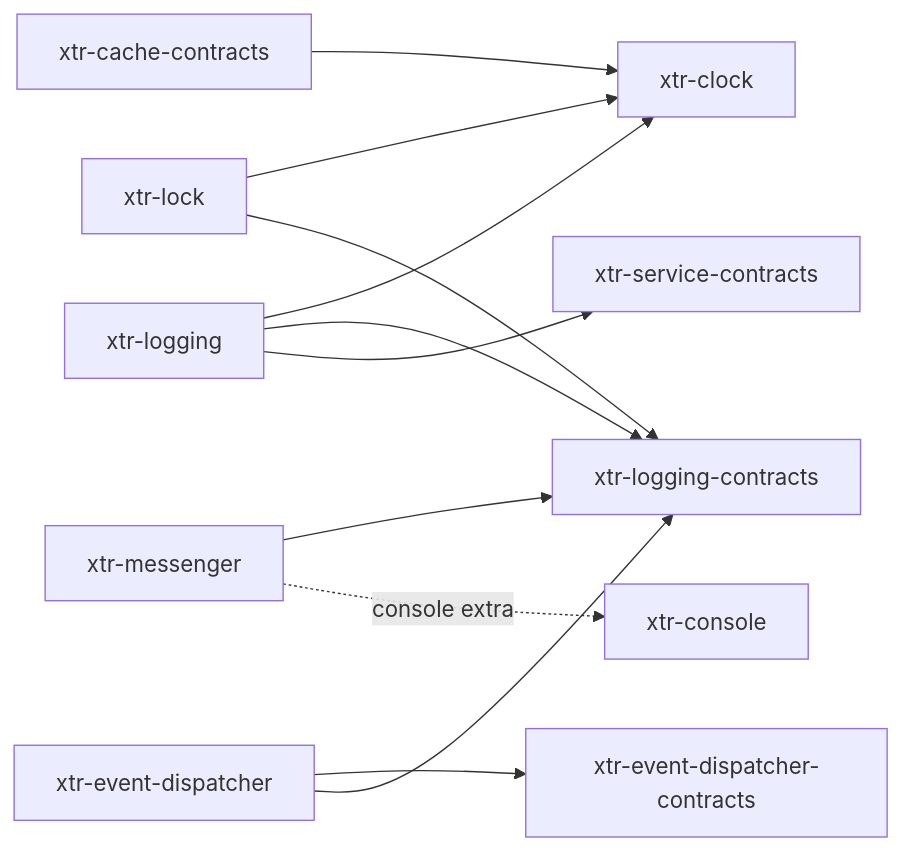
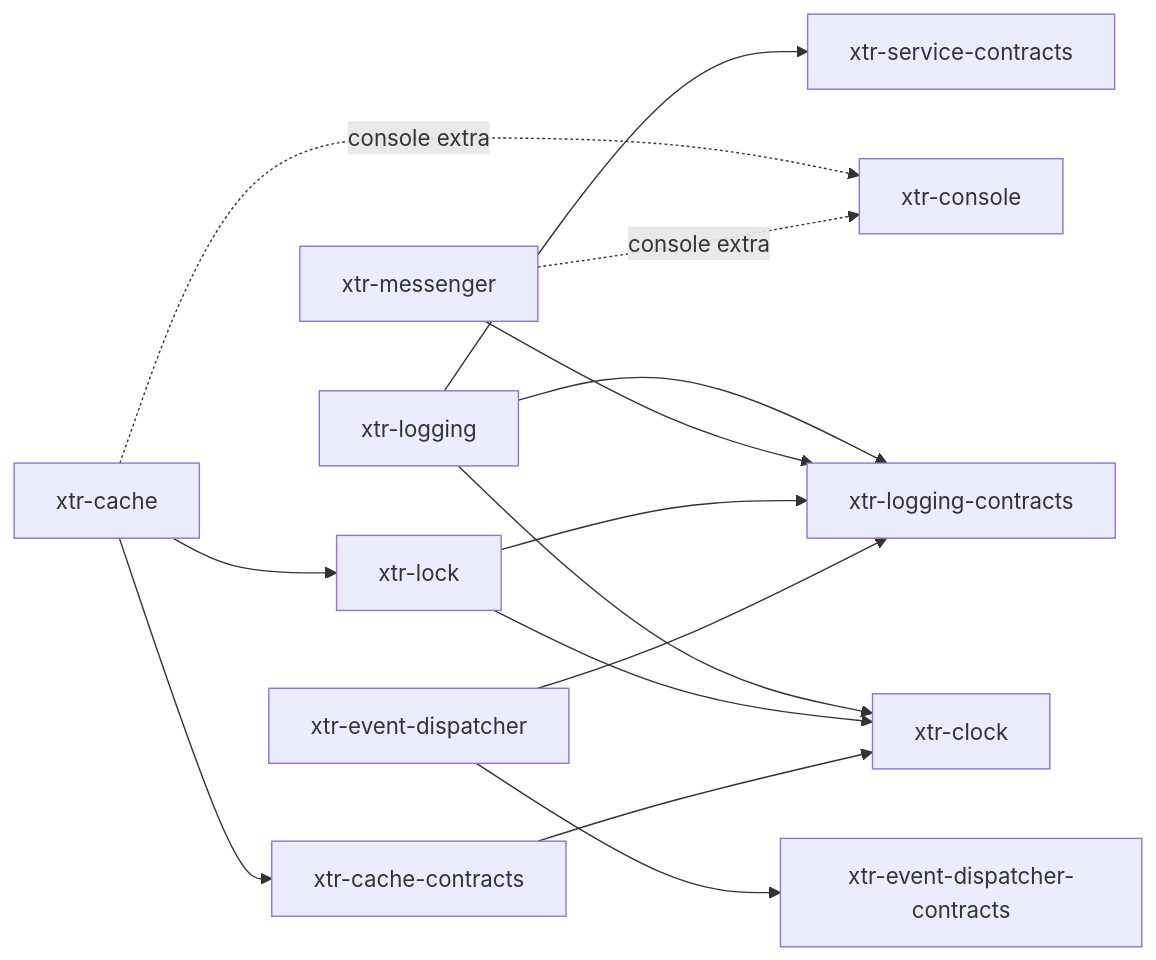
One commit to xterr/python-xtr changed the diagram in README.md. Above: the diagram before and after it, drawn with Mermaid. The commit also changed other lines of this file and 120 other files, not shown here.

Commit message:
feature: implement xtr-cache with array, filesystem, redis, chain, null and tag-aware pools, stampede protection, marshallers, pool commands and a bundle

````diff
--- a/README.md
+++ b/README.md
@@ -40,13 +41,16 @@
 ```mermaid
 graph LR
     logging[xtr-logging] --> clock[xtr-clock]
     logging --> logcon[xtr-logging-contracts]
     logging --> svccon[xtr-service-contracts]
     messenger[xtr-messenger] --> logcon
     lock[xtr-lock] --> clock
     lock --> logcon
     cachecon[xtr-cache-contracts] --> clock
+    cache[xtr-cache] --> cachecon
+    cache --> lock
+    cache -. console extra .-> console
     events[xtr-event-dispatcher] --> eventcon[xtr-event-dispatcher-contracts]
     events --> logcon
     messenger -. console extra .-> console[xtr-console]
 ```
````
